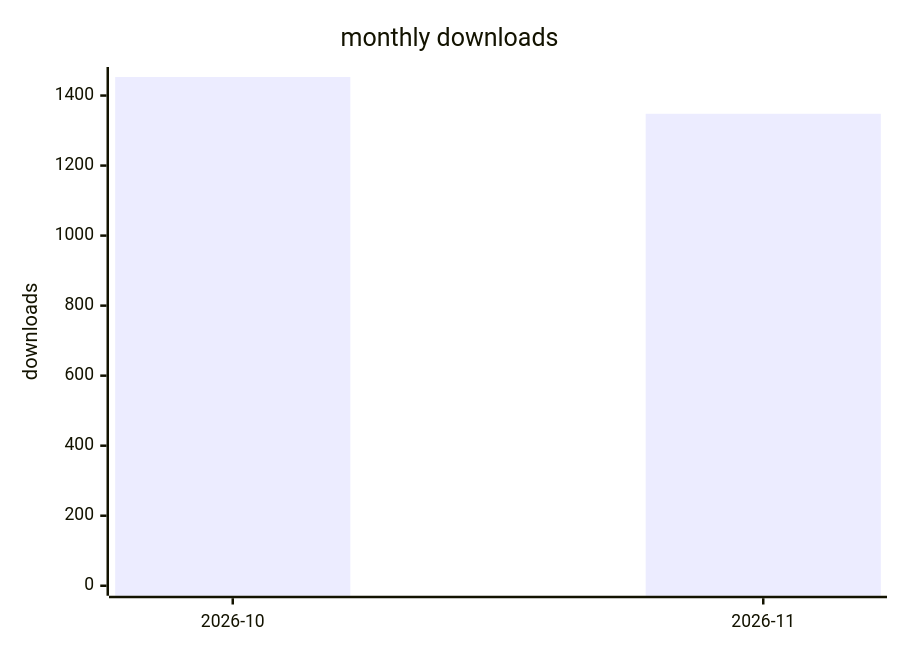
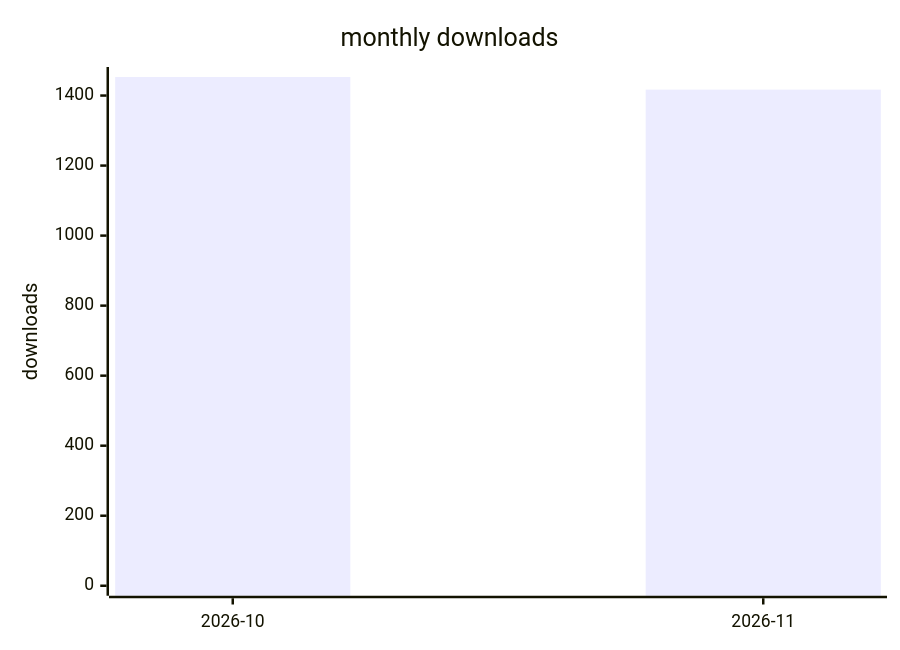
One commit to terry2010/dsh-loop-recover changed the second of 2 diagrams in docs/downloads-2026.md. Above: the diagram before and after it, drawn with Mermaid. The commit also changed other lines of this file and 1 other file, not shown here.

````diff
--- a/docs/downloads-2026.md
+++ b/docs/downloads-2026.md
@@ -29,7 +29,7 @@
 ```mermaid
 xychart-beta
     title "monthly downloads"
     x-axis ["2026-10", "2026-11"]
     y-axis "downloads" 0 --> 1453
-    bar [1453, 1348]
+    bar [1453, 1417]
 ```
````
